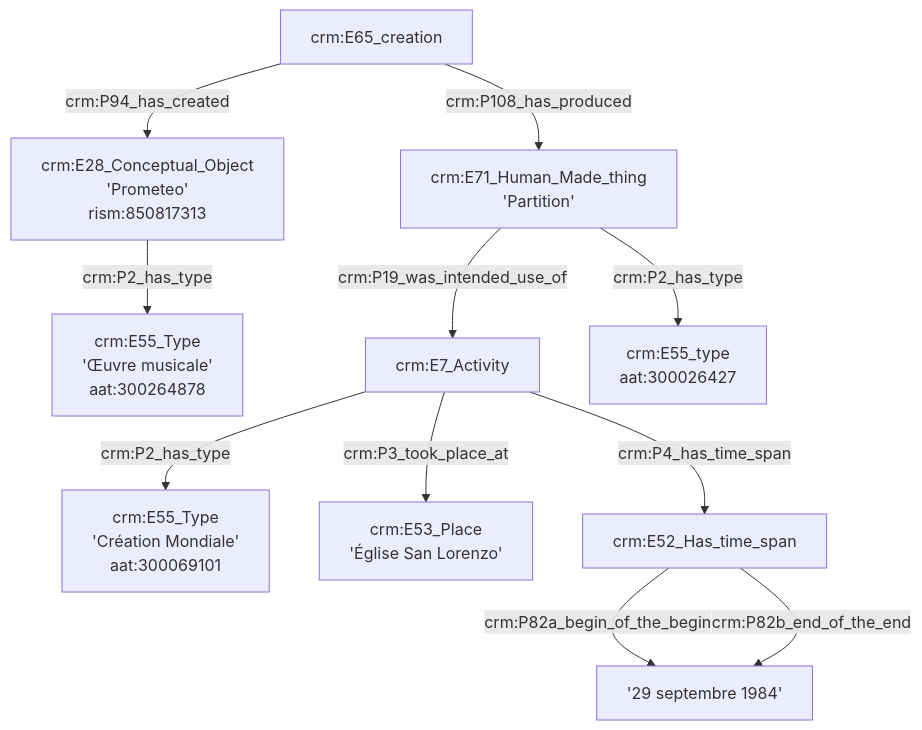
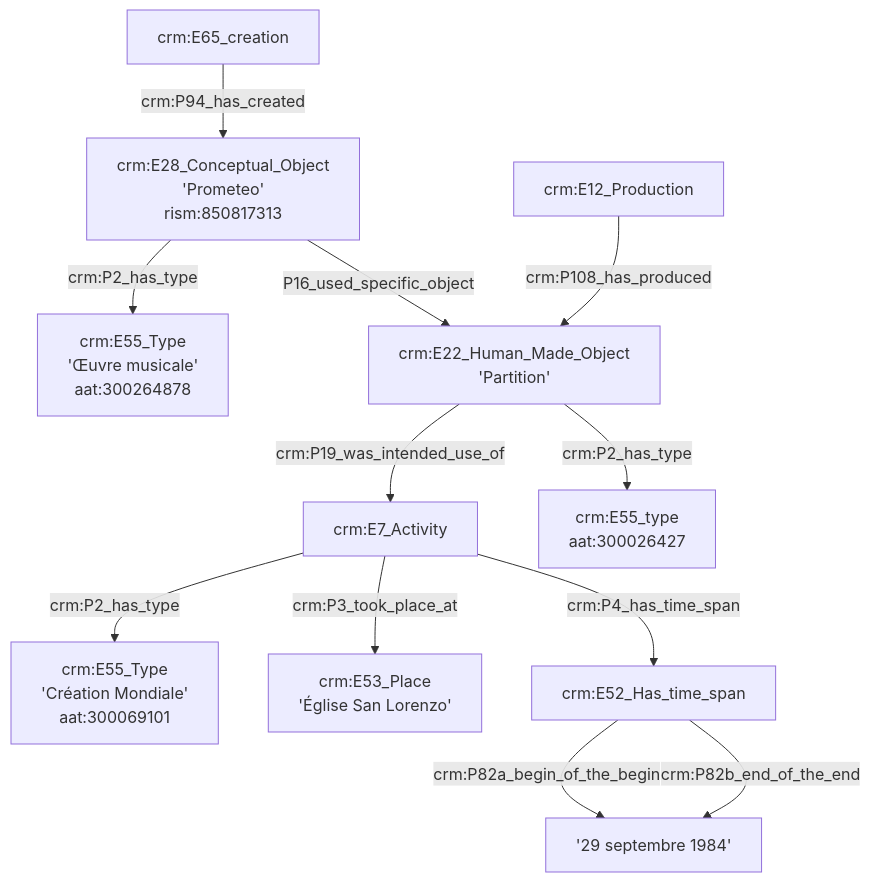
The second of 5 diagrams in Exemple1.md (GusBraud/OntoMatchGameGus), drawn with Mermaid before and after one commit.

````diff
--- a/Exemple1.md
+++ b/Exemple1.md
@@ -19,15 +19,17 @@
 ```mermaid
 graph TD;
 
 D[crm:E65_creation] --> |crm:P94_has_created| E[crm:E28_Conceptual_Object<br>'Prometeo'<br>rism:850817313]
-D[crm:E65_creation] --> |crm:P108_has_produced| L[crm:E71_Human_Made_thing<br>'Partition']
 E[crm:E28_Conceptual_Object<br>'Prometeo'<br>rism:850817313] --> |crm:P2_has_type| F[crm:E55_Type<br>'Œuvre musicale'<br>aat:300264878]
-L[crm:E71_Human_Made_thing<br>'Partition'] --> |crm:P19_was_intended_use_of| G[crm:E7_Activity]
-L[crm:E71_Human_Made_thing<br>'Partition'] --> |crm:P2_has_type| M[crm:E55_type<br>aat:300026427]
+L[crm:E22_Human_Made_Object<br>'Partition'] --> |crm:P19_was_intended_use_of| G[crm:E7_Activity]
+L[crm:E22_Human_Made_Object<br>'Partition'] --> |crm:P2_has_type| M[crm:E55_type<br>aat:300026427]
+E[crm:E28_Conceptual_Object<br>'Prometeo'<br>rism:850817313] --> |P16_used_specific_object| L[crm:E22_Human_Made_Object<br>'Partition']
+N[crm:E12_Production] --> |crm:P108_has_produced| L[crm:E22_Human_Made_Object<br>'Partition']
+
 G[crm:E7_Activity] --> |crm:P2_has_type| H[crm:E55_Type<br>'Création Mondiale'<br>aat:300069101]
 G[crm:E7_Activity] --> |crm:P3_took_place_at| I[crm:E53_Place<br>'Église San Lorenzo']
 G[crm:E7_Activity] --> |crm:P4_has_time_span| J[crm:E52_Time_span]
 J[crm:E52_Has_time_span] --> |crm:P82a_begin_of_the_begin| K['29 septembre 1984']
 J[crm:E52_Has_time_span] --> |crm:P82b_end_of_the_end| K['29 septembre 1984']
 
 ```
````
